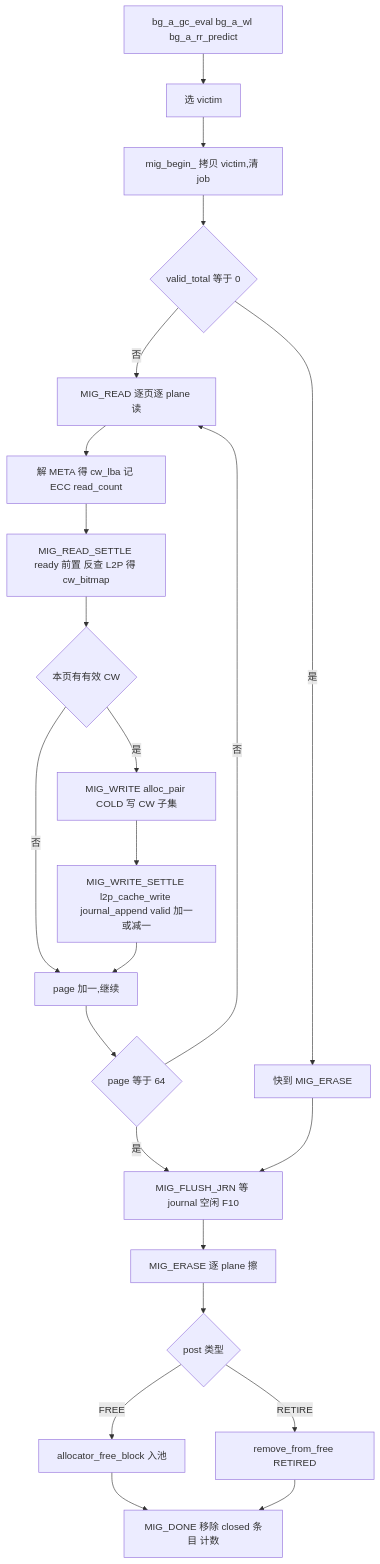
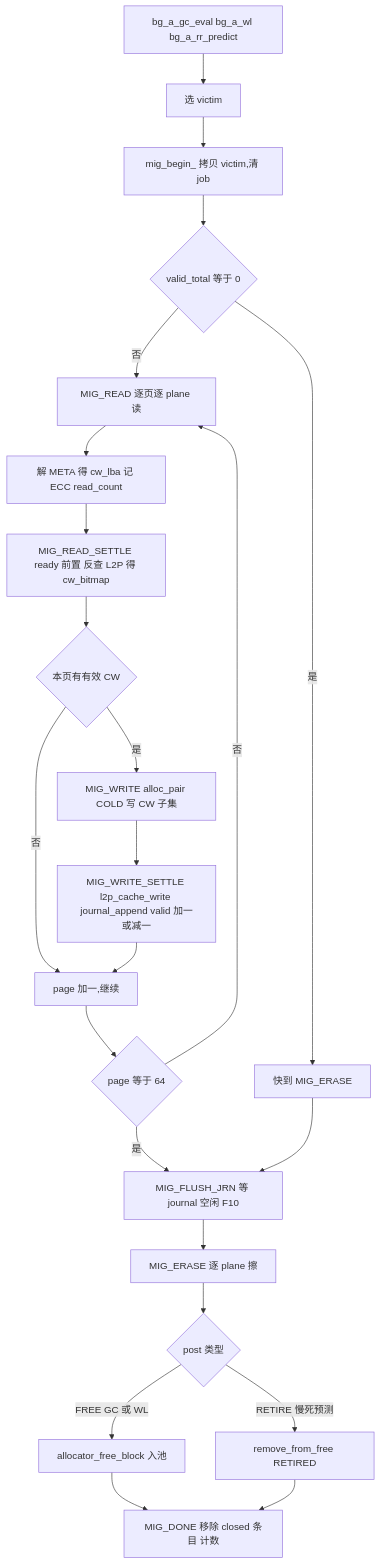
One commit to YzYMIAO/BASESSD changed diagram 30 of 32 in docs/design/ftl_design.md. Above: the diagram before and after it, drawn with Mermaid. The commit also changed other lines of this file and 12 other files, not shown here.

````diff
--- a/docs/design/ftl_design.md
+++ b/docs/design/ftl_design.md
@@ -3681,25 +3683,25 @@
 ```mermaid
 flowchart TD
     A["bg_a_gc_eval bg_a_wl bg_a_rr_predict"] --> B["选 victim"]
     B --> C["mig_begin_ 拷贝 victim,清 job"]
     C --> D{"valid_total 等于 0"}
     D -- "是" --> E["快到 MIG_ERASE"]
     D -- "否" --> F["MIG_READ 逐页逐 plane 读"]
     F --> G["解 META 得 cw_lba 记 ECC read_count"]
     G --> H["MIG_READ_SETTLE ready 前置 反查 L2P 得 cw_bitmap"]
     H --> I{"本页有有效 CW"}
     I -- "否" --> J["page 加一,继续"]
     I -- "是" --> K["MIG_WRITE alloc_pair COLD 写 CW 子集"]
     K --> L["MIG_WRITE_SETTLE l2p_cache_write journal_append valid 加一或减一"]
     L --> J
     J --> M{"page 等于 64"}
     M -- "否" --> F
     M -- "是" --> N["MIG_FLUSH_JRN 等 journal 空闲 F10"]
     N --> O["MIG_ERASE 逐 plane 擦"]
     O --> P{"post 类型"}
-    P -- "FREE" --> Q["allocator_free_block 入池"]
-    P -- "RETIRE" --> R["remove_from_free RETIRED"]
+    P -- "FREE GC 或 WL" --> Q["allocator_free_block 入池"]
+    P -- "RETIRE 慢死预测" --> R["remove_from_free RETIRED"]
     Q --> S["MIG_DONE 移除 closed 条目 计数"]
     R --> S
     E --> N
 ```
````
